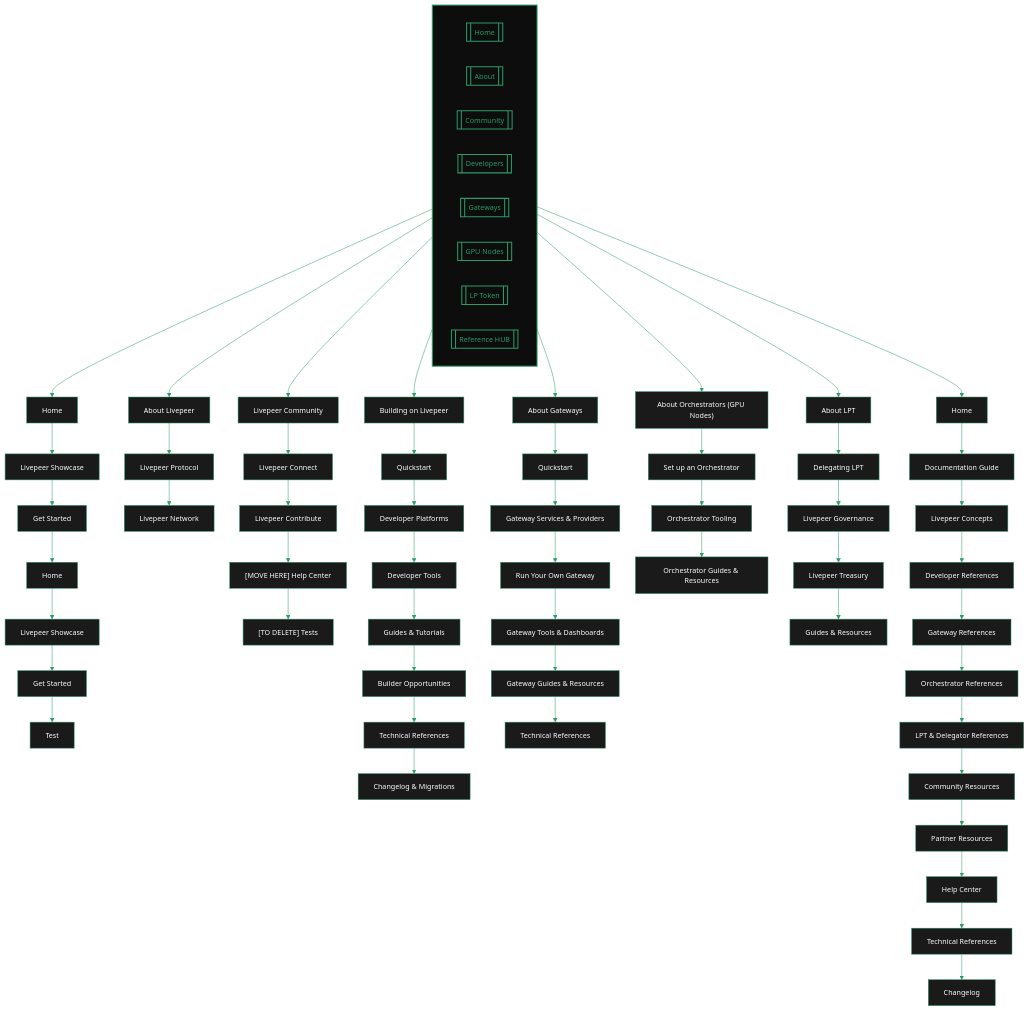
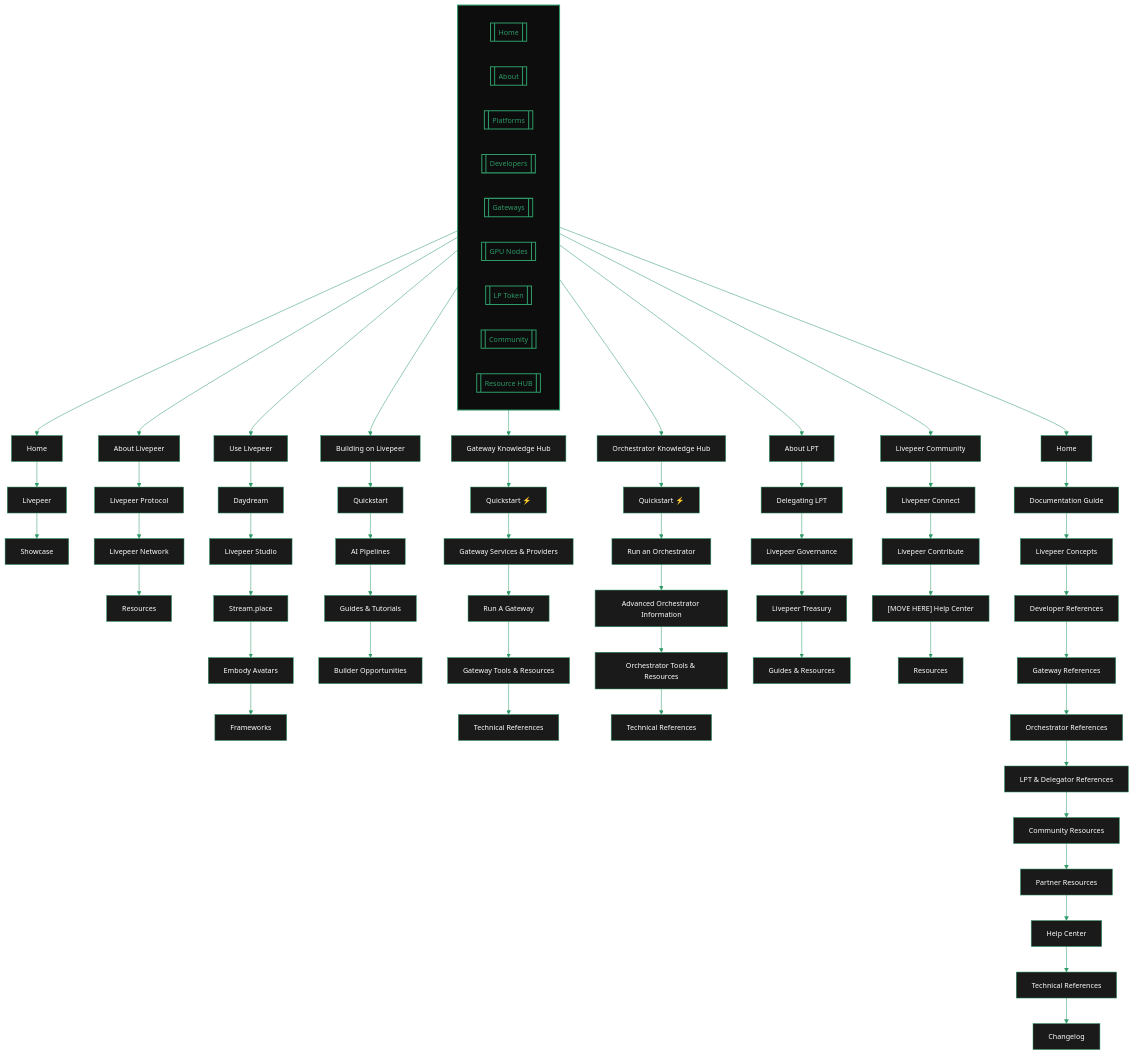
One commit to its-DeFine/docs changed the diagram in snippets/generated/docs-structure-diagram.mdx. Above: the diagram before and after it, drawn with Mermaid. The commit also changed other lines of this file and 95 other files, not shown here.

````diff
--- a/snippets/generated/docs-structure-diagram.mdx
+++ b/snippets/generated/docs-structure-diagram.mdx
@@ -3,79 +3,82 @@
 ```mermaid
 %%{init: {'theme': 'base', 'themeVariables': { 'primaryColor': '#1a1a1a', 'primaryTextColor': '#fff', 'primaryBorderColor': '#2d9a67', 'lineColor': '#2d9a67', 'secondaryColor': '#0d0d0d', 'tertiaryColor': '#1a1a1a', 'background': '#0d0d0d', 'fontFamily': 'system-ui', 'fontSize': '14px' }}}%%
 flowchart TB
     subgraph Tabs[" "]
         direction LR
-        n7[["Home"]]
-        n11[["About"]]
-        n17[["Community"]]
-        n26[["Developers"]]
-        n34[["Gateways"]]
-        n39[["GPU Nodes"]]
-        n45[["LP Token"]]
-        n58[["Reference HUB"]]
+        n3[["Home"]]
+        n8[["About"]]
+        n15[["Platforms"]]
+        n21[["Developers"]]
+        n28[["Gateways"]]
+        n35[["GPU Nodes"]]
+        n41[["LP Token"]]
+        n47[["Community"]]
+        n60[["Resource HUB"]]
     end
 
-    n7 --> n0["Home"]
-    n0 --> n1["Livepeer Showcase"]
-    n1 --> n2["Get Started"]
-    n2 --> n3["Home"]
-    n3 --> n4["Livepeer Showcase"]
-    n4 --> n5["Get Started"]
-    n5 --> n6["Test"]
-    n11 --> n8["About Livepeer"]
-    n8 --> n9["Livepeer Protocol"]
-    n9 --> n10["Livepeer Network"]
-    n17 --> n12["Livepeer Community"]
-    n12 --> n13["Livepeer Connect"]
-    n13 --> n14["Livepeer Contribute"]
-    n14 --> n15["[MOVE HERE] Help Center"]
-    n15 --> n16["[TO DELETE] Tests"]
-    n26 --> n18["Building on Livepeer"]
-    n18 --> n19["Quickstart"]
-    n19 --> n20["Developer Platforms"]
-    n20 --> n21["Developer Tools"]
-    n21 --> n22["Guides & Tutorials"]
-    n22 --> n23["Builder Opportunities"]
-    n23 --> n24["Technical References"]
-    n24 --> n25["Changelog & Migrations"]
-    n34 --> n27["About Gateways"]
-    n27 --> n28["Quickstart"]
-    n28 --> n29["Gateway Services & Providers"]
-    n29 --> n30["Run Your Own Gateway"]
-    n30 --> n31["Gateway Tools & Dashboards"]
-    n31 --> n32["Gateway Guides & Resources"]
-    n32 --> n33["Technical References"]
-    n39 --> n35["About Orchestrators (GPU Nodes)"]
-    n35 --> n36["Set up an Orchestrator"]
-    n36 --> n37["Orchestrator Tooling"]
-    n37 --> n38["Orchestrator Guides & Resources"]
-    n45 --> n40["About LPT"]
-    n40 --> n41["Delegating LPT"]
-    n41 --> n42["Livepeer Governance"]
-    n42 --> n43["Livepeer Treasury"]
-    n43 --> n44["Guides & Resources"]
-    n58 --> n46["Home"]
-    n46 --> n47["Documentation Guide"]
-    n47 --> n48["Livepeer Concepts"]
-    n48 --> n49["Developer References"]
-    n49 --> n50["Gateway References"]
-    n50 --> n51["Orchestrator References"]
-    n51 --> n52["LPT & Delegator References"]
-    n52 --> n53["Community Resources"]
-    n53 --> n54["Partner Resources"]
-    n54 --> n55["Help Center"]
-    n55 --> n56["Technical References"]
-    n56 --> n57["Changelog"]
+    n3 --> n0["Home"]
+    n0 --> n1["Livepeer"]
+    n1 --> n2["Showcase"]
+    n8 --> n4["About Livepeer"]
+    n4 --> n5["Livepeer Protocol"]
+    n5 --> n6["Livepeer Network"]
+    n6 --> n7["Resources"]
+    n15 --> n9["Use Livepeer"]
+    n9 --> n10["Daydream"]
+    n10 --> n11["Livepeer Studio"]
+    n11 --> n12["Stream.place"]
+    n12 --> n13["Embody Avatars"]
+    n13 --> n14["Frameworks"]
+    n21 --> n16["Building on Livepeer"]
+    n16 --> n17["Quickstart"]
+    n17 --> n18["AI Pipelines"]
+    n18 --> n19["Guides & Tutorials"]
+    n19 --> n20["Builder Opportunities"]
+    n28 --> n22["Gateway Knowledge Hub"]
+    n22 --> n23["Quickstart ⚡"]
+    n23 --> n24["Gateway Services & Providers"]
+    n24 --> n25["Run A Gateway"]
+    n25 --> n26["Gateway Tools & Resources"]
+    n26 --> n27["Technical References"]
+    n35 --> n29["Orchestrator Knowledge Hub"]
+    n29 --> n30["Quickstart ⚡"]
+    n30 --> n31["Run an Orchestrator"]
+    n31 --> n32["Advanced Orchestrator Information"]
+    n32 --> n33["Orchestrator Tools & Resources"]
+    n33 --> n34["Technical References"]
+    n41 --> n36["About LPT"]
+    n36 --> n37["Delegating LPT"]
+    n37 --> n38["Livepeer Governance"]
+    n38 --> n39["Livepeer Treasury"]
+    n39 --> n40["Guides & Resources"]
+    n47 --> n42["Livepeer Community"]
+    n42 --> n43["Livepeer Connect"]
+    n43 --> n44["Livepeer Contribute"]
+    n44 --> n45["[MOVE HERE] Help Center"]
+    n45 --> n46["Resources"]
+    n60 --> n48["Home"]
+    n48 --> n49["Documentation Guide"]
+    n49 --> n50["Livepeer Concepts"]
+    n50 --> n51["Developer References"]
+    n51 --> n52["Gateway References"]
+    n52 --> n53["Orchestrator References"]
+    n53 --> n54["LPT & Delegator References"]
+    n54 --> n55["Community Resources"]
+    n55 --> n56["Partner Resources"]
+    n56 --> n57["Help Center"]
+    n57 --> n58["Technical References"]
+    n58 --> n59["Changelog"]
 
     classDef default fill:#1a1a1a,color:#fff,stroke:#2d9a67,stroke-width:1px
     classDef tab fill:#0d0d0d,color:#2d9a67,stroke:#2d9a67,stroke-width:2px
     style Tabs fill:#0d0d0d,stroke:#2d9a67,stroke-width:2px
-    class n7 tab
-    class n11 tab
-    class n17 tab
-    class n26 tab
-    class n34 tab
-    class n39 tab
-    class n45 tab
-    class n58 tab
+    class n3 tab
+    class n8 tab
+    class n15 tab
+    class n21 tab
+    class n28 tab
+    class n35 tab
+    class n41 tab
+    class n47 tab
+    class n60 tab
 ```
````
